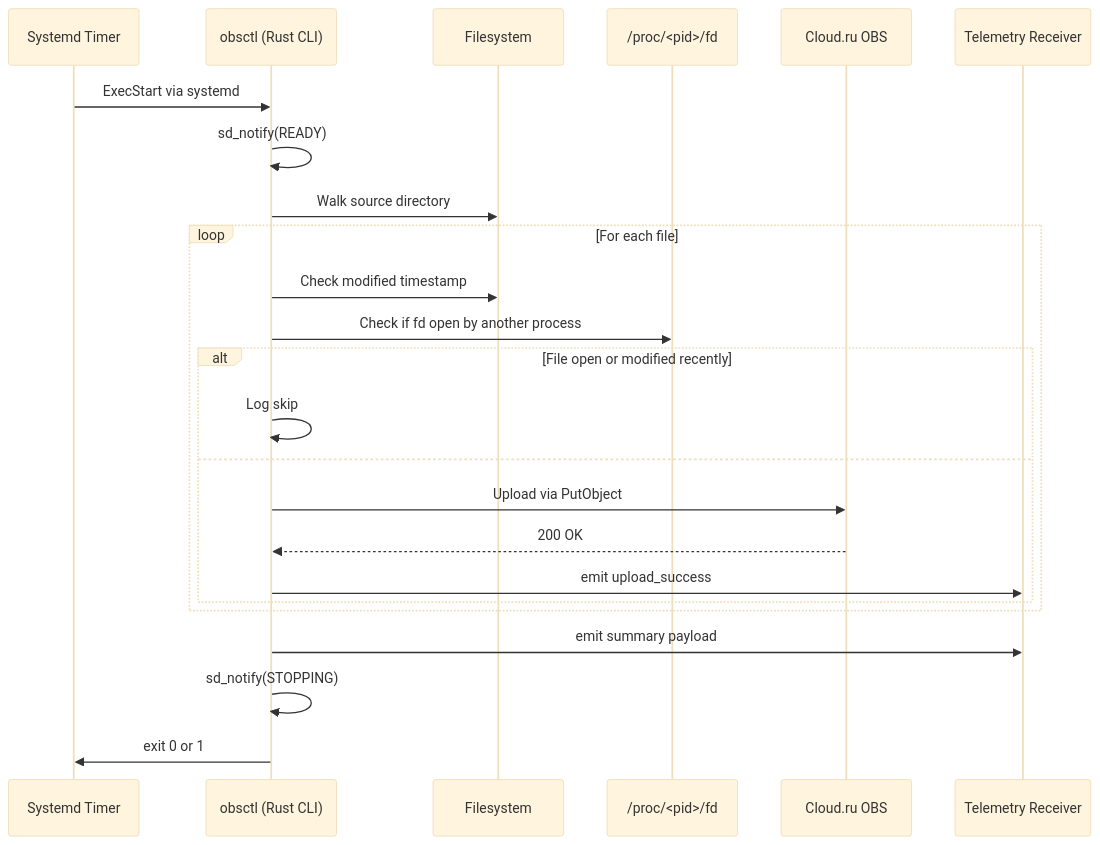
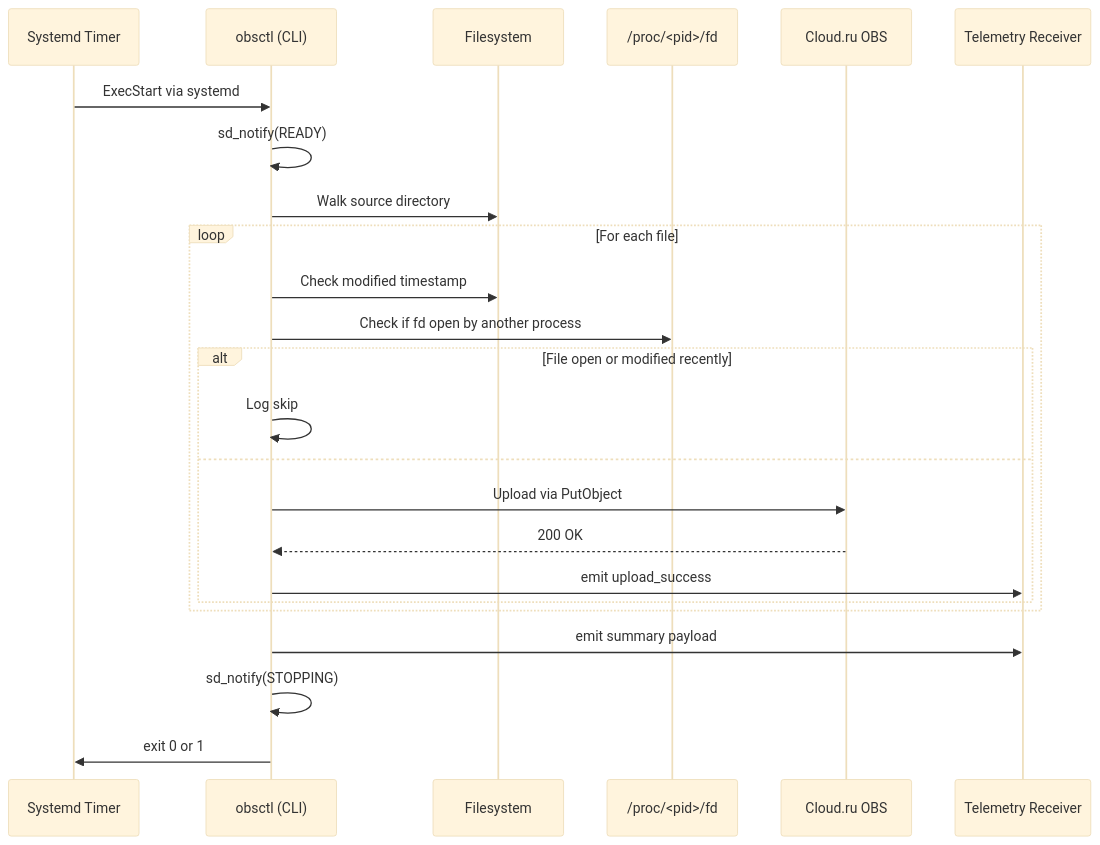
The diagram in README.md (microscaler/obsctl), drawn with Mermaid (base theme) before and after one commit.

Commit message:
missing cargo toml, was in mcm repo

````diff
--- a/README.md
+++ b/README.md
@@ -36,27 +36,27 @@
 ```mermaid
 sequenceDiagram
     participant Sys as Systemd Timer
-    participant App as obsctl (Rust CLI)
+    participant App as obsctl (CLI)
     participant FS as Filesystem
     participant PROC as /proc/<pid>/fd
     participant S3 as Cloud.ru OBS
     participant OTEL as Telemetry Receiver
 
     Sys->>App: ExecStart via systemd
     App->>App: sd_notify(READY)
     App->>FS: Walk source directory
     loop For each file
         App->>FS: Check modified timestamp
         App->>PROC: Check if fd open by another process
         alt File open or modified recently
             App->>App: Log skip
         else
             App->>S3: Upload via PutObject
             S3-->>App: 200 OK
             App->>OTEL: emit upload_success
         end
     end
     App->>OTEL: emit summary payload
     App->>App: sd_notify(STOPPING)
     App->>Sys: exit 0 or 1
 ```
````
